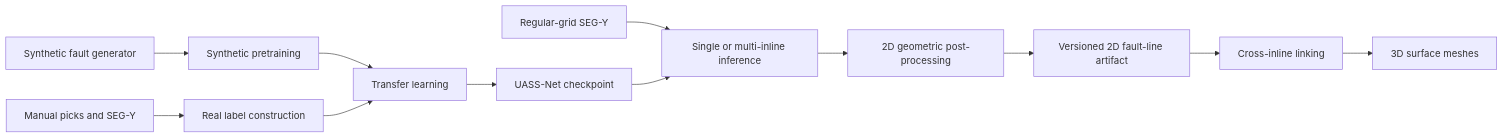
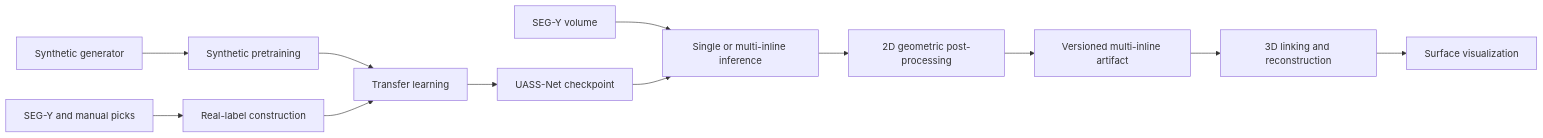
Before and after one commit to Winhow-Wenhao/Geometry-Constrained-Thrust-Fault-Reconstruction: the diagram in README.md, drawn with Mermaid. The commit also changed other lines of this file and 30 other files, not shown here.

````diff
--- a/README.md
+++ b/README.md
@@ -40,14 +33,14 @@
 ```mermaid
 flowchart LR
-    A[Synthetic fault generator] --> B[Synthetic pretraining]
-    C[Manual picks and SEG-Y] --> D[Real label construction]
+    A[Synthetic generator] --> B[Synthetic pretraining]
+    C[SEG-Y and manual picks] --> D[Real-label construction]
     B --> E[Transfer learning]
     D --> E
     E --> F[UASS-Net checkpoint]
-    G[Regular-grid SEG-Y] --> H[Single or multi-inline inference]
+    G[SEG-Y volume] --> H[Single or multi-inline inference]
     F --> H
     H --> I[2D geometric post-processing]
-    I --> J[Versioned 2D fault-line artifact]
-    J --> K[Cross-inline linking]
-    K --> L[3D surface meshes]
+    I --> J[Versioned multi-inline artifact]
+    J --> K[3D linking and reconstruction]
+    K --> L[Surface visualization]
 ```
````
